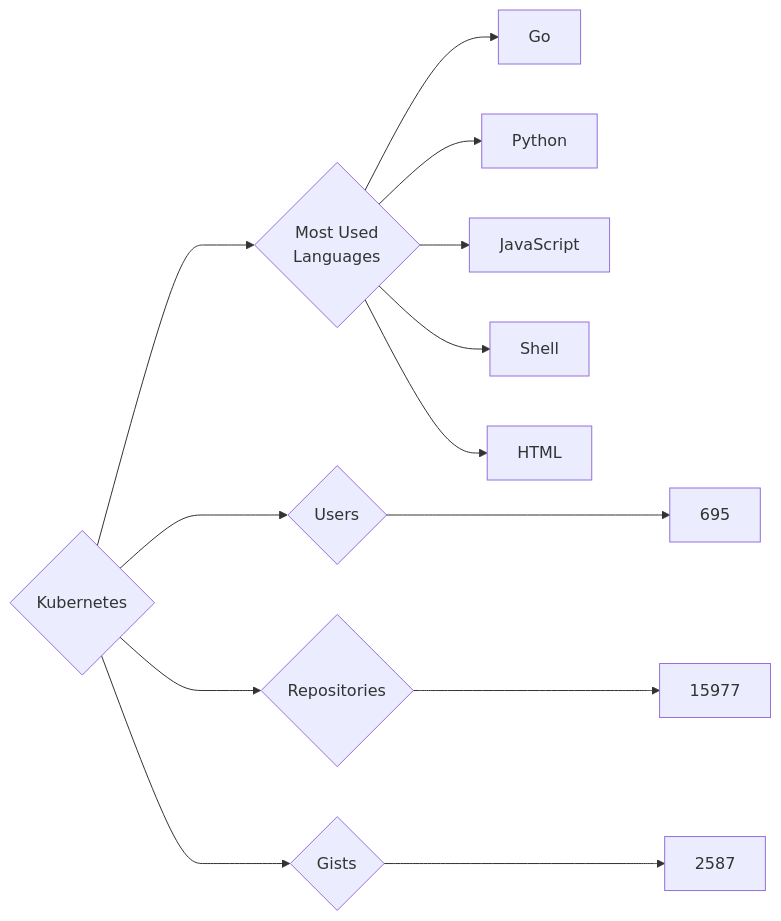
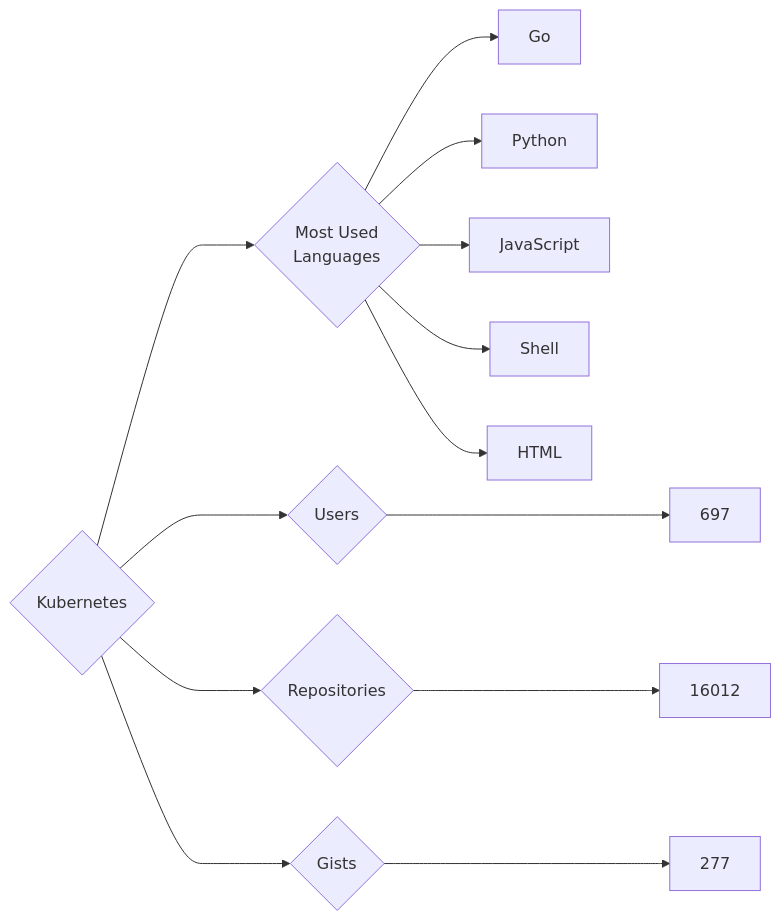
The diagram in targets/Kubernetes/README.md (trickest/insiders), drawn with Mermaid before and after one commit. The commit also changed 636 other files, not shown here.

````diff
--- a/targets/Kubernetes/README.md
+++ b/targets/Kubernetes/README.md
@@ -3,13 +3,13 @@
 ```mermaid
 graph LR
 COMPANY_NAME{Kubernetes}
-COMPANY_NAME ---> U{Users} ---> UN[695]
-COMPANY_NAME ---> R{Repositories} ---> RN[15977]
-COMPANY_NAME ---> G{Gists} ---> GN[2587]
+COMPANY_NAME ---> U{Users} ---> UN[697]
+COMPANY_NAME ---> R{Repositories} ---> RN[16012]
+COMPANY_NAME ---> G{Gists} ---> GN[277]
 COMPANY_NAME ---> ML{Most Used<br>Languages}
 ML --> Go[Go]
 ML --> Python[Python]
 ML --> JavaScript[JavaScript]
 ML --> Shell[Shell]
 ML --> HTML[HTML]
 ```
````
